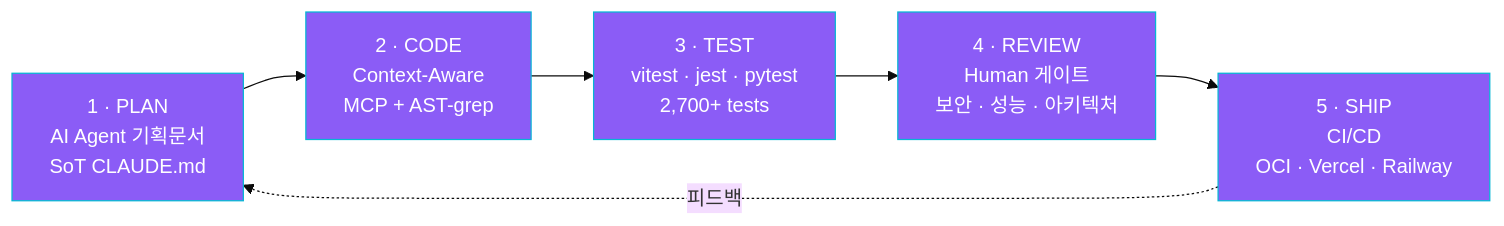
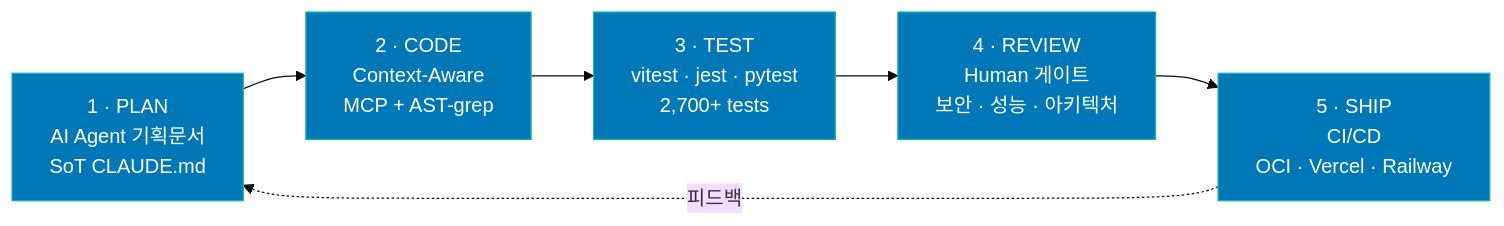
One commit to doublesilver/doublesilver changed the diagram in README.md. Above: the diagram before and after it, drawn with Mermaid (base theme). The commit also changed other lines of this file and 1 other file, not shown here.

````diff
--- a/README.md
+++ b/README.md
@@ -288,10 +288,10 @@
 ```mermaid
 flowchart LR
     P["1 · PLAN<br/>AI Agent 기획문서<br/>SoT CLAUDE.md"] --> C["2 · CODE<br/>Context-Aware<br/>MCP + AST-grep"]
     C --> T["3 · TEST<br/>vitest · jest · pytest<br/>2,700+ tests"]
     T --> R["4 · REVIEW<br/>Human 게이트<br/>보안 · 성능 · 아키텍처"]
     R --> D["5 · SHIP<br/>CI/CD<br/>OCI · Vercel · Railway"]
     D -. 피드백 .-> P
-    classDef s fill:#8B5CF6,stroke:#06B6D4,color:#fff;
+    classDef s fill:#0077B6,stroke:#14B8A6,color:#fff;
     class P,C,T,R,D s;
 ```
````
